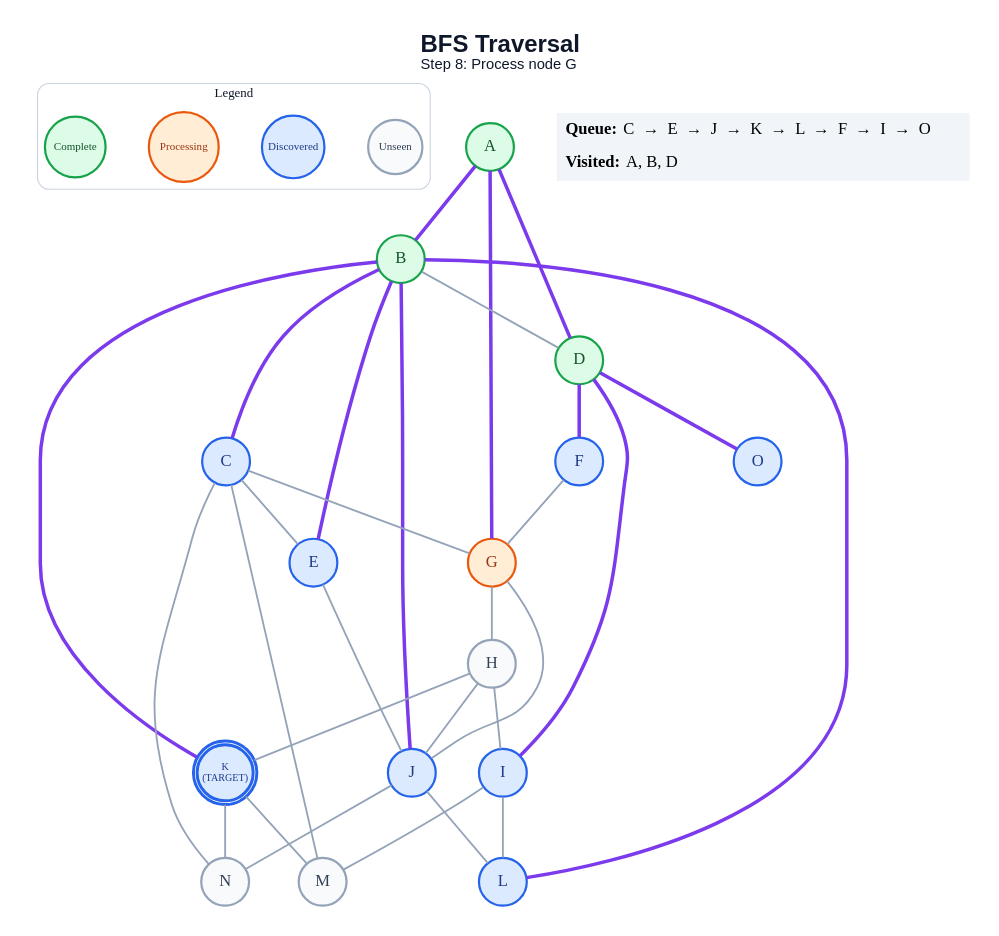
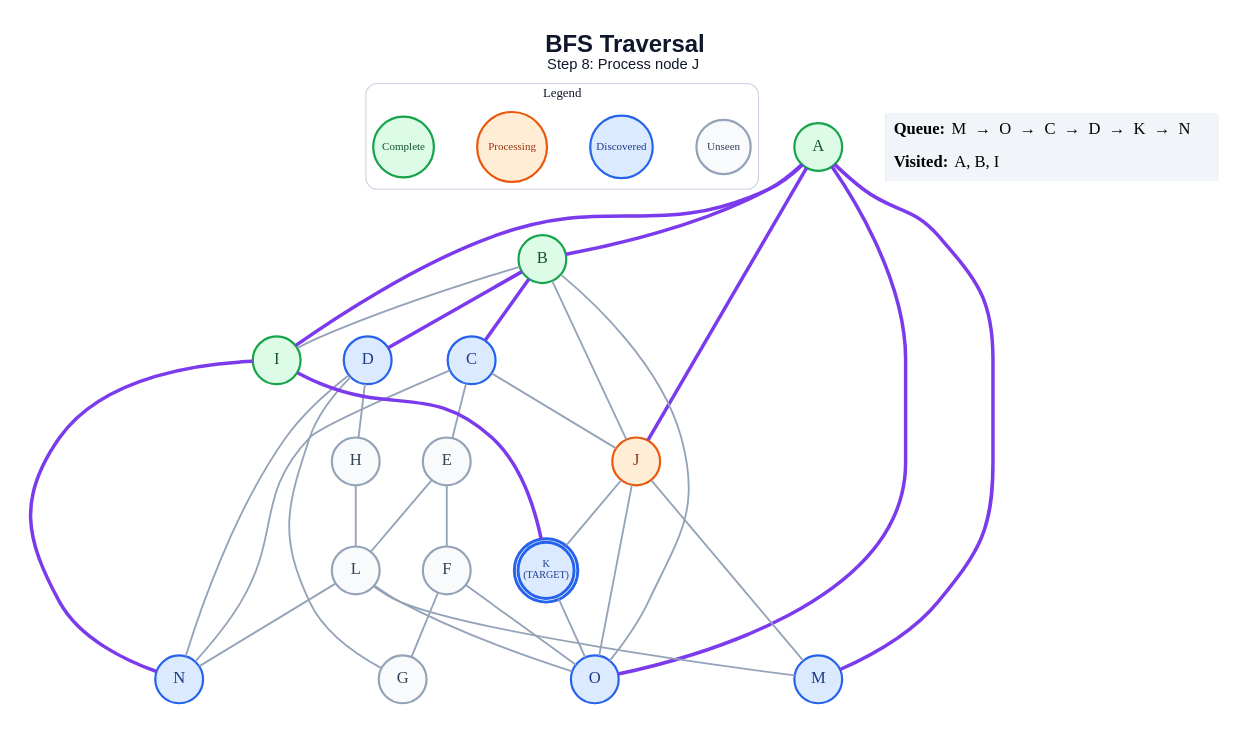
One commit to anon7238593-create/ai-slop changed the diagram in generated/specific-node/bfs/step_08.dot. Above: the diagram before and after it, drawn with Graphviz. The commit also changed 248 other files, not shown here.

```diff
--- a/generated/specific-node/bfs/step_08.dot
+++ b/generated/specific-node/bfs/step_08.dot
@@ -1,63 +1,64 @@
 graph traversal {
   graph [layout=dot, rankdir=TB, bgcolor="#FFFFFF", pad="0.35", nodesep="0.65", ranksep="0.8", fontname="Arial"];
   node [shape=circle, style="filled", fontname="Arial Bold", fontsize=18, width=0.72, fixedsize=true, penwidth=2.4];
   edge [color="#94A3B8", penwidth=2.0];
-  label=<<B>BFS Traversal</B><BR/><FONT POINT-SIZE="16">Step 8: Process node G</FONT>>; labelloc="t"; fontsize=26; fontname="Arial"; fontcolor="#0F172A";
+  label=<<B>BFS Traversal</B><BR/><FONT POINT-SIZE="16">Step 8: Process node J</FONT>>; labelloc="t"; fontsize=26; fontname="Arial"; fontcolor="#0F172A";
   subgraph cluster_legend { label="Legend"; color="#CBD5E1"; penwidth=1.2; style="rounded"; fontsize=14; fontname="Arial Bold";
     key_unseen [label="Unseen", fillcolor="#F8FAFC", color="#94A3B8", fontcolor="#334155", fontsize=12, width=0.82];
     key_frontier [label="Discovered", fillcolor="#DBEAFE", color="#2563EB", fontcolor="#1E3A8A", fontsize=12, width=0.95];
     key_current [label="Processing", fillcolor="#FFEDD5", color="#EA580C", fontcolor="#9A3412", fontsize=12, width=1.05];
     key_done [label="Complete", fillcolor="#DCFCE7", color="#16A34A", fontcolor="#14532D", fontsize=12, width=0.92];
     { rank=same; key_unseen; key_frontier; key_current; key_done; }
   }
   A [label="A", fillcolor="#DCFCE7", color="#16A34A", fontcolor="#14532D", peripheries=1, penwidth=2.4];
   B [label="B", fillcolor="#DCFCE7", color="#16A34A", fontcolor="#14532D", peripheries=1, penwidth=2.4];
   C [label="C", fillcolor="#DBEAFE", color="#2563EB", fontcolor="#1E3A8A", peripheries=1, penwidth=2.4];
-  D [label="D", fillcolor="#DCFCE7", color="#16A34A", fontcolor="#14532D", peripheries=1, penwidth=2.4];
-  E [label="E", fillcolor="#DBEAFE", color="#2563EB", fontcolor="#1E3A8A", peripheries=1, penwidth=2.4];
-  F [label="F", fillcolor="#DBEAFE", color="#2563EB", fontcolor="#1E3A8A", peripheries=1, penwidth=2.4];
-  G [label="G", fillcolor="#FFEDD5", color="#EA580C", fontcolor="#9A3412", peripheries=1, penwidth=2.4];
+  D [label="D", fillcolor="#DBEAFE", color="#2563EB", fontcolor="#1E3A8A", peripheries=1, penwidth=2.4];
+  E [label="E", fillcolor="#F8FAFC", color="#94A3B8", fontcolor="#334155", peripheries=1, penwidth=2.4];
+  F [label="F", fillcolor="#F8FAFC", color="#94A3B8", fontcolor="#334155", peripheries=1, penwidth=2.4];
+  G [label="G", fillcolor="#F8FAFC", color="#94A3B8", fontcolor="#334155", peripheries=1, penwidth=2.4];
   H [label="H", fillcolor="#F8FAFC", color="#94A3B8", fontcolor="#334155", peripheries=1, penwidth=2.4];
-  I [label="I", fillcolor="#DBEAFE", color="#2563EB", fontcolor="#1E3A8A", peripheries=1, penwidth=2.4];
-  J [label="J", fillcolor="#DBEAFE", color="#2563EB", fontcolor="#1E3A8A", peripheries=1, penwidth=2.4];
+  I [label="I", fillcolor="#DCFCE7", color="#16A34A", fontcolor="#14532D", peripheries=1, penwidth=2.4];
+  J [label="J", fillcolor="#FFEDD5", color="#EA580C", fontcolor="#9A3412", peripheries=1, penwidth=2.4];
   K [label="K\n(TARGET)", fillcolor="#DBEAFE", color="#2563EB", fontcolor="#1E3A8A", peripheries=2, penwidth=3.2, fontsize=11, width=0.85, height=0.85];
-  L [label="L", fillcolor="#DBEAFE", color="#2563EB", fontcolor="#1E3A8A", peripheries=1, penwidth=2.4];
-  M [label="M", fillcolor="#F8FAFC", color="#94A3B8", fontcolor="#334155", peripheries=1, penwidth=2.4];
-  N [label="N", fillcolor="#F8FAFC", color="#94A3B8", fontcolor="#334155", peripheries=1, penwidth=2.4];
+  L [label="L", fillcolor="#F8FAFC", color="#94A3B8", fontcolor="#334155", peripheries=1, penwidth=2.4];
+  M [label="M", fillcolor="#DBEAFE", color="#2563EB", fontcolor="#1E3A8A", peripheries=1, penwidth=2.4];
+  N [label="N", fillcolor="#DBEAFE", color="#2563EB", fontcolor="#1E3A8A", peripheries=1, penwidth=2.4];
   O [label="O", fillcolor="#DBEAFE", color="#2563EB", fontcolor="#1E3A8A", peripheries=1, penwidth=2.4];
   A -- B [color="#7C3AED", penwidth=3.8];
-  A -- D [color="#7C3AED", penwidth=3.8];
-  A -- G [color="#7C3AED", penwidth=3.8];
+  A -- I [color="#7C3AED", penwidth=3.8];
+  A -- J [color="#7C3AED", penwidth=3.8];
+  A -- M [color="#7C3AED", penwidth=3.8];
+  A -- O [color="#7C3AED", penwidth=3.8];
   B -- C [color="#7C3AED", penwidth=3.8];
-  B -- D;
-  B -- E [color="#7C3AED", penwidth=3.8];
-  B -- J [color="#7C3AED", penwidth=3.8];
-  B -- K [color="#7C3AED", penwidth=3.8];
-  B -- L [color="#7C3AED", penwidth=3.8];
+  B -- D [color="#7C3AED", penwidth=3.8];
+  B -- I;
+  B -- J;
+  B -- O;
   C -- E;
-  C -- G;
-  C -- M;
+  C -- J;
   C -- N;
-  D -- F [color="#7C3AED", penwidth=3.8];
-  D -- I [color="#7C3AED", penwidth=3.8];
-  D -- O [color="#7C3AED", penwidth=3.8];
-  E -- J;
+  D -- G;
+  D -- H;
+  D -- N;
+  E -- F;
+  E -- L;
   F -- G;
-  G -- H;
-  G -- J;
-  H -- I;
-  H -- J;
-  H -- K;
-  I -- L;
-  I -- M;
-  J -- L;
-  J -- N;
-  K -- M;
-  K -- N;
+  F -- O;
+  H -- L;
+  I -- K [color="#7C3AED", penwidth=3.8];
+  I -- N [color="#7C3AED", penwidth=3.8];
+  J -- K;
+  J -- M;
+  J -- O;
+  K -- O;
+  L -- M;
+  L -- N;
+  L -- O;
   status [shape=plain, fixedsize=false, width=0, height=0, margin=0, label=<
     <TABLE BORDER="0" CELLBORDER="0" CELLPADDING="7" BGCOLOR="#F1F5F9">
-      <TR><TD ALIGN="LEFT"><B>Queue:</B> C  →  E  →  J  →  K  →  L  →  F  →  I  →  O</TD></TR>
-      <TR><TD ALIGN="LEFT"><B>Visited:</B> A, B, D</TD></TR>
+      <TR><TD ALIGN="LEFT"><B>Queue:</B> M  →  O  →  C  →  D  →  K  →  N</TD></TR>
+      <TR><TD ALIGN="LEFT"><B>Visited:</B> A, B, I</TD></TR>
     </TABLE>
   >];
 }
```
